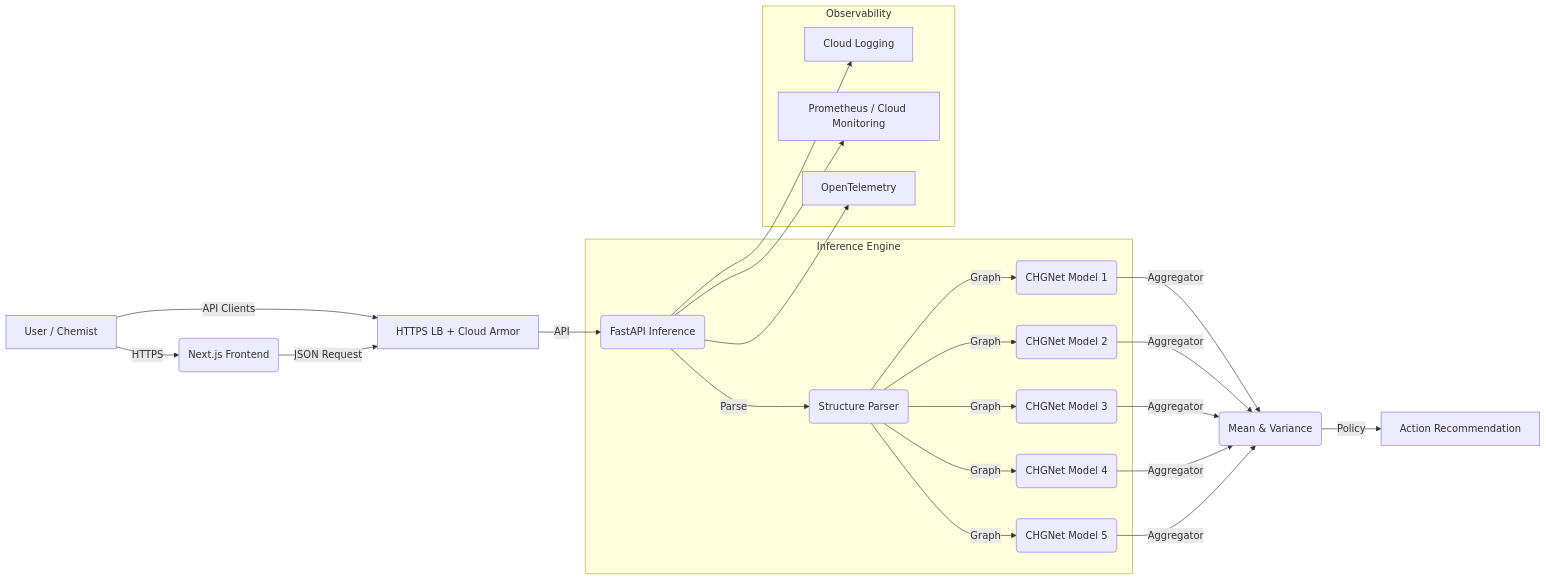
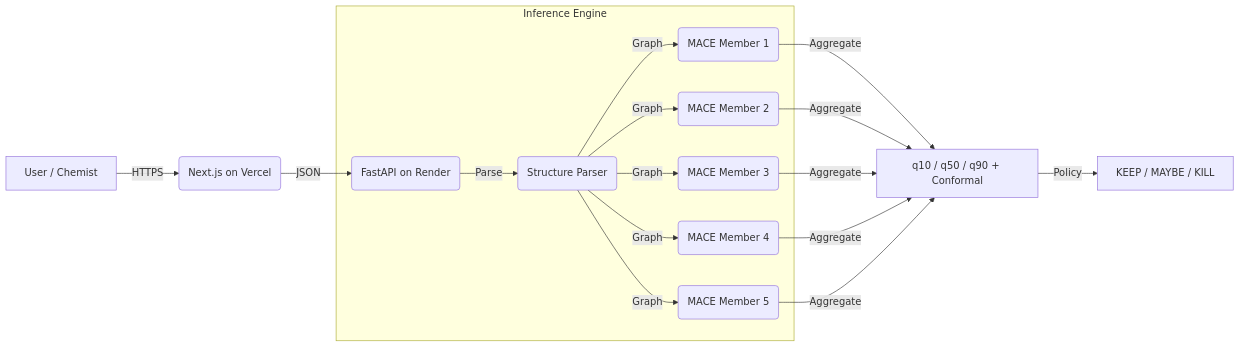
One commit to ErenAri/cathode-screening changed the diagram in README.md. Above: the diagram before and after it, drawn with Mermaid. The commit also changed other lines of this file and 57 other files, not shown here.

First line of the commit message:
feat: Add MACE-MP-0 ensemble deployment to Render/Vercel with governance-approved model

````diff
--- a/README.md
+++ b/README.md
@@ -45,25 +44,15 @@
 ```mermaid
 graph LR
-    User[User / Chemist] -->|HTTPS| FE(Next.js Frontend)
-    User -->|API Clients| Edge[HTTPS LB + Cloud Armor]
-    FE -->|JSON Request| Edge
-    Edge -->|API| API(FastAPI Inference)
+    User[User / Chemist] -->|HTTPS| FE(Next.js on Vercel)
+    FE -->|JSON| API(FastAPI on Render)
     subgraph "Inference Engine"
         API -->|Parse| Pymatgen(Structure Parser)
-        Pymatgen -->|Graph| GNN1(CHGNet Model 1)
-        Pymatgen -->|Graph| GNN2(CHGNet Model 2)
-        Pymatgen -->|Graph| GNN3(CHGNet Model 3)
-        Pymatgen -->|Graph| GNN4(CHGNet Model 4)
-        Pymatgen -->|Graph| GNN5(CHGNet Model 5)
+        Pymatgen -->|Graph| M1(MACE Member 1)
+        Pymatgen -->|Graph| M2(MACE Member 2)
+        Pymatgen -->|Graph| M3(MACE Member 3)
+        Pymatgen -->|Graph| M4(MACE Member 4)
+        Pymatgen -->|Graph| M5(MACE Member 5)
     end
-    GNN1 & GNN2 & GNN3 & GNN4 & GNN5 -->|Aggregator| Stats(Mean & Variance)     
-    Stats -->|Policy| Result[Action Recommendation]
-    subgraph "Observability"
-        Logs[Cloud Logging]
-        Metrics[Prometheus / Cloud Monitoring]
-        Traces[OpenTelemetry]
-    end
-    API --> Logs
-    API --> Metrics
-    API --> Traces
+    M1 & M2 & M3 & M4 & M5 -->|Aggregate| Stats[q10 / q50 / q90 + Conformal]
+    Stats -->|Policy| Result[KEEP / MAYBE / KILL]
 ```
````
